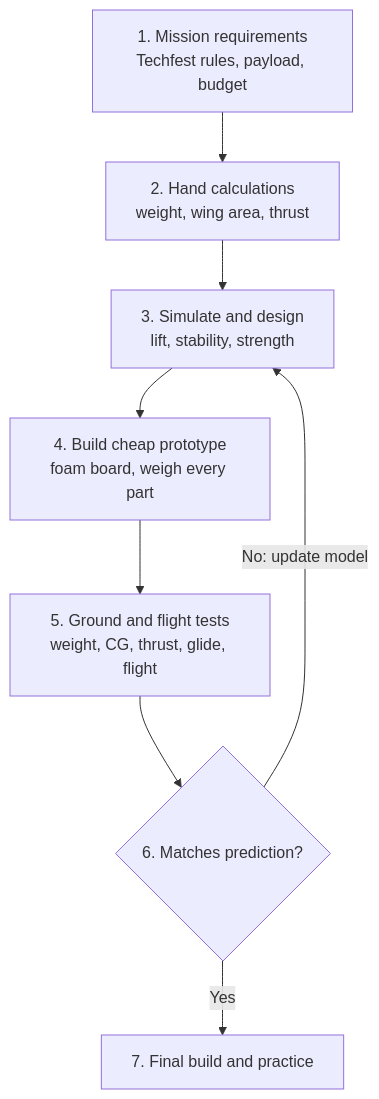
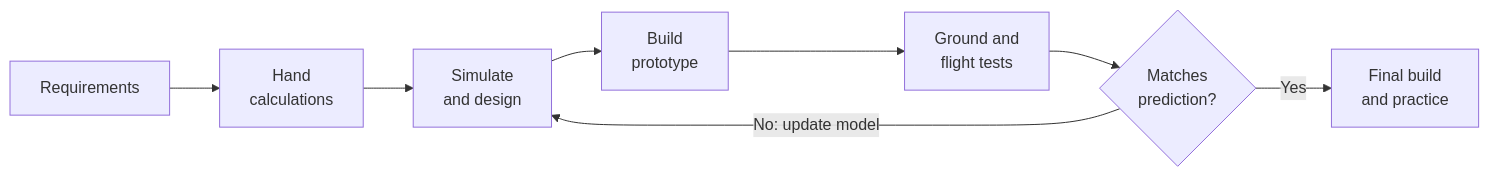
One commit to ShivasPvt/Project-X-Selection-Tasks changed the first of 2 diagrams in RC-Plane/P3_sim_vs_practical/p3-rcplane.md. Above: the diagram before and after it, drawn with Mermaid. The commit also changed other lines of this file and 1 other file, not shown here.

````diff
--- a/RC-Plane/P3_sim_vs_practical/p3-rcplane.md
+++ b/RC-Plane/P3_sim_vs_practical/p3-rcplane.md
@@ -40,10 +36,6 @@
 ```mermaid
-flowchart TD
-    A[1. Mission requirements<br/>Techfest rules, payload, budget] --> B[2. Hand calculations<br/>weight, wing area, thrust]
-    B --> C[3. Simulate and design<br/>lift, stability, strength]
-    C --> D[4. Build cheap prototype<br/>foam board, weigh every part]
-    D --> E[5. Ground and flight tests<br/>weight, CG, thrust, glide, flight]
-    E --> F{6. Matches prediction?}
+flowchart LR
+    A[Requirements] --> B[Hand<br/>calculations] --> C[Simulate<br/>and design] --> D[Build<br/>prototype] --> E[Ground and<br/>flight tests] --> F{Matches<br/>prediction?}
+    F -- Yes --> G[Final build<br/>and practice]
     F -- No: update model --> C
-    F -- Yes --> G[7. Final build and practice]
 ```
````
